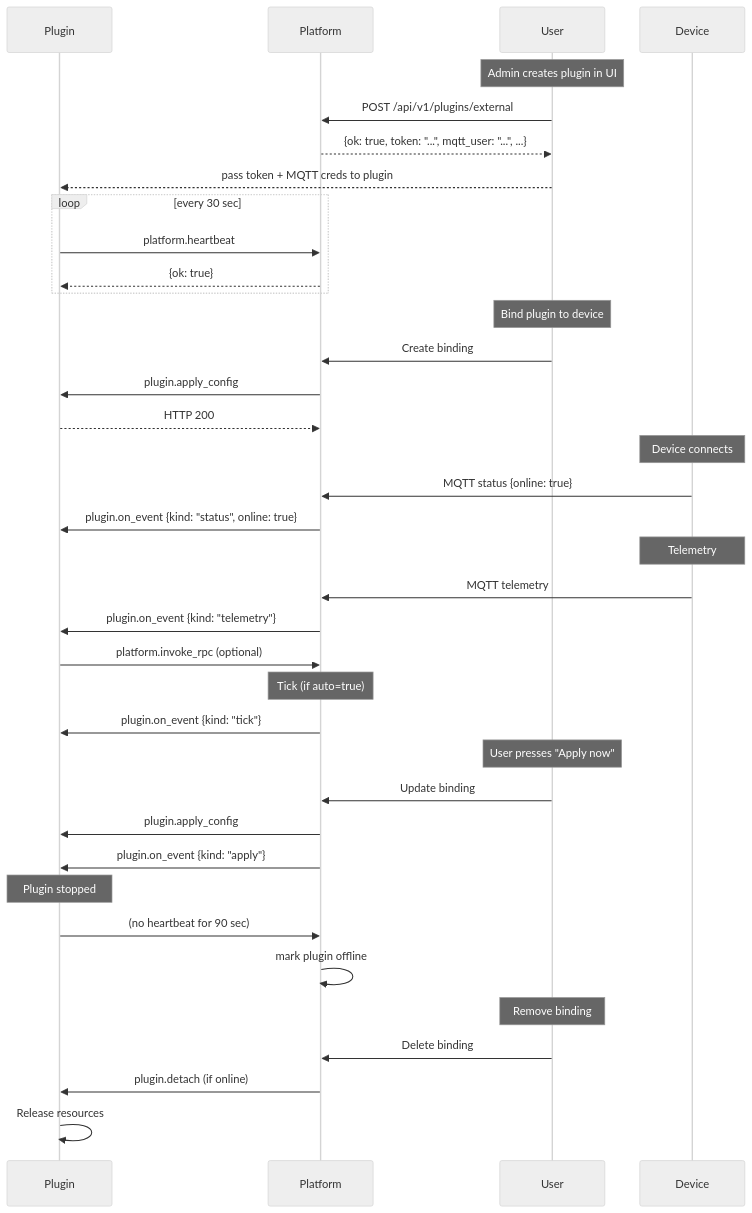
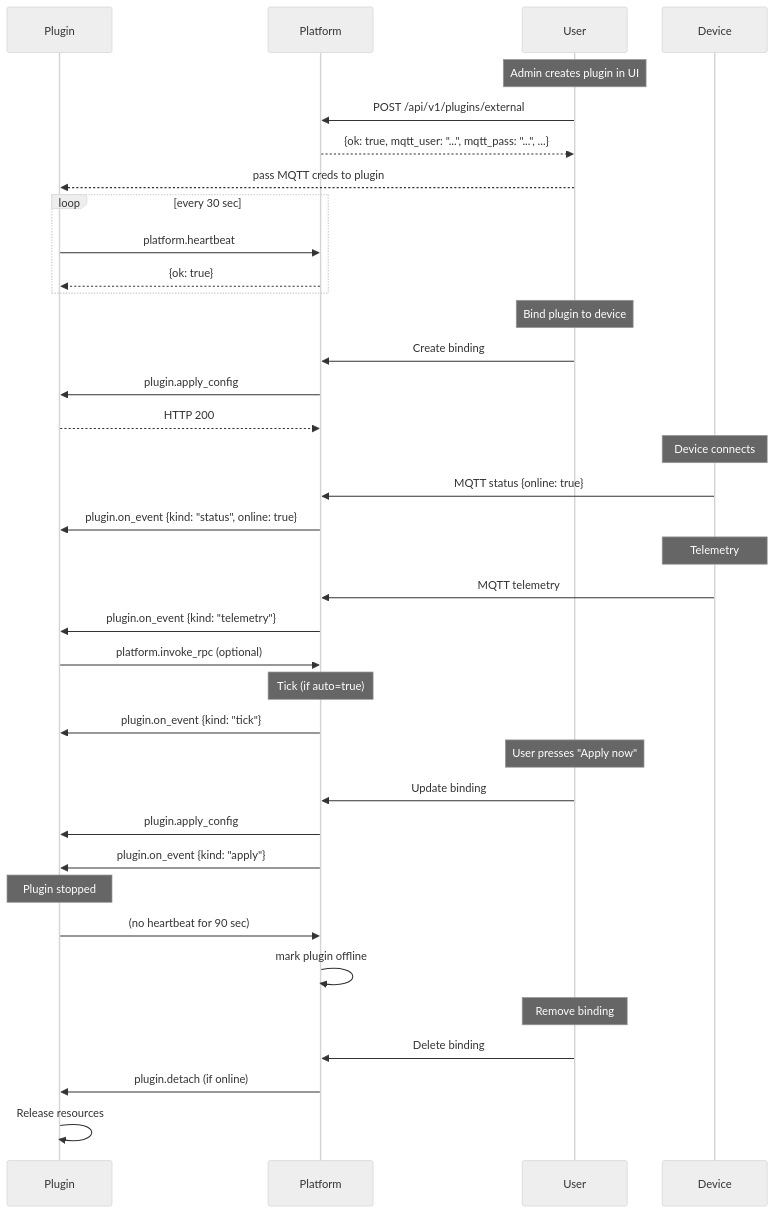
The sixth of 6 diagrams in docs/en/08-external-plugins.md (darvik80/iot-platform-go), drawn with Mermaid (neutral theme) before and after one commit. The commit also changed other lines of this file and 81 other files, not shown here.

````diff
--- a/docs/en/08-external-plugins.md
+++ b/docs/en/08-external-plugins.md
@@ -988,48 +1056,48 @@
 ```mermaid
 sequenceDiagram
     participant Pl as Plugin
     participant P as Platform
     participant U as User
     participant D as Device
 
     Note over U: Admin creates plugin in UI
     U->>P: POST /api/v1/plugins/external
-    P-->>U: {ok: true, token: "...", mqtt_user: "...", ...}
-    U-->>Pl: pass token + MQTT creds to plugin
+    P-->>U: {ok: true, mqtt_user: "...", mqtt_pass: "...", ...}
+    U-->>Pl: pass MQTT creds to plugin
 
     loop every 30 sec
         Pl->>P: platform.heartbeat
         P-->>Pl: {ok: true}
     end
 
     Note over U: Bind plugin to device
     U->>P: Create binding
     P->>Pl: plugin.apply_config
     Pl-->>P: HTTP 200
 
     Note over D: Device connects
     D->>P: MQTT status {online: true}
     P->>Pl: plugin.on_event {kind: "status", online: true}
 
     Note over D: Telemetry
     D->>P: MQTT telemetry
     P->>Pl: plugin.on_event {kind: "telemetry"}
     Pl->>P: platform.invoke_rpc (optional)
 
     Note over P: Tick (if auto=true)
     P->>Pl: plugin.on_event {kind: "tick"}
 
     Note over U: User presses "Apply now"
     U->>P: Update binding
     P->>Pl: plugin.apply_config
     P->>Pl: plugin.on_event {kind: "apply"}
 
     Note over Pl: Plugin stopped
     Pl->>P: (no heartbeat for 90 sec)
     P->>P: mark plugin offline
 
     Note over U: Remove binding
     U->>P: Delete binding
     P->>Pl: plugin.detach (if online)
     Pl->>Pl: Release resources
 ```
````
